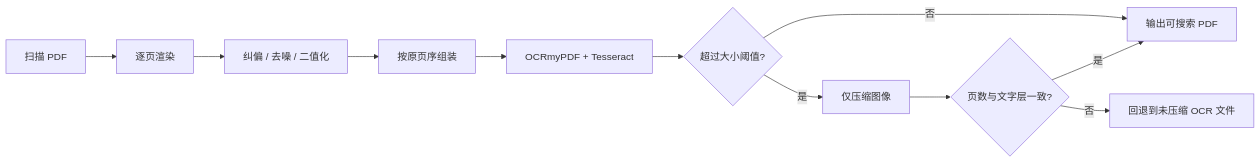
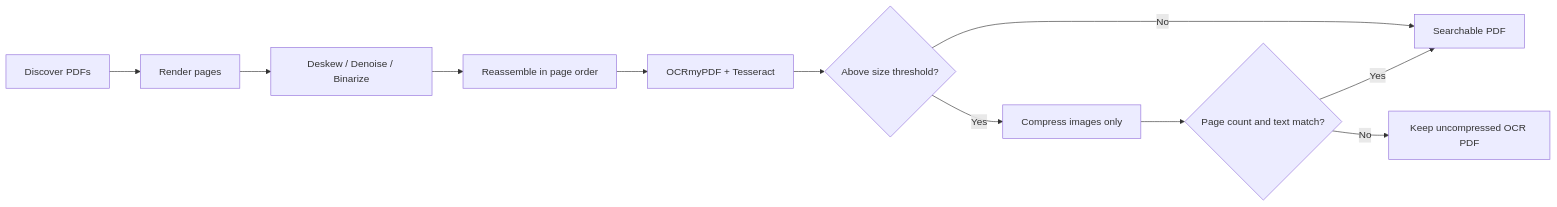
One commit to ZhangWT02/PDF-batch-OCR changed the diagram in README.md. Above: the diagram before and after it, drawn with Mermaid. The commit also changed other lines of this file and 1 other file, not shown here.

````diff
--- a/README.md
+++ b/README.md
@@ -23,13 +28,13 @@
 ```mermaid
 flowchart LR
-    A[扫描 PDF] --> B[逐页渲染]
-    B --> C[纠偏 / 去噪 / 二值化]
-    C --> D[按原页序组装]
+    A[Discover PDFs] --> B[Render pages]
+    B --> C[Deskew / Denoise / Binarize]
+    C --> D[Reassemble in page order]
     D --> E[OCRmyPDF + Tesseract]
-    E --> F{超过大小阈值?}
-    F -- 否 --> G[输出可搜索 PDF]
-    F -- 是 --> H[仅压缩图像]
-    H --> I{页数与文字层一致?}
-    I -- 是 --> G
-    I -- 否 --> J[回退到未压缩 OCR 文件]
+    E --> F{Above size threshold?}
+    F -- No --> G[Searchable PDF]
+    F -- Yes --> H[Compress images only]
+    H --> I{Page count and text match?}
+    I -- Yes --> G
+    I -- No --> J[Keep uncompressed OCR PDF]
 ```
````
